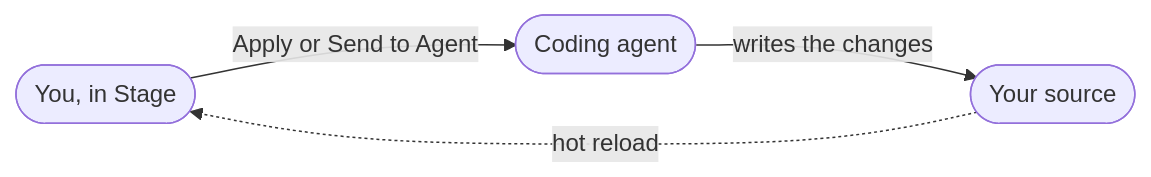
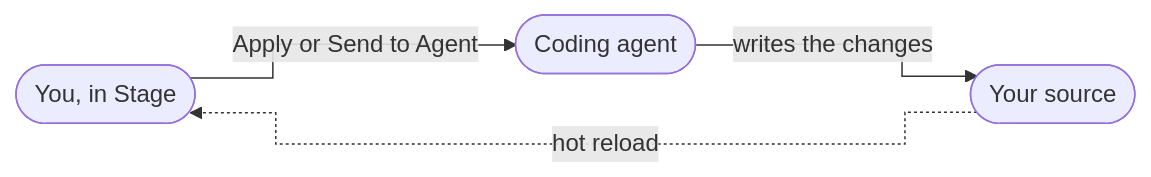
Before and after one commit to playcanvas/developer-site: the diagram in docs/user-manual/stage/index.md, drawn with Mermaid.

Commit message:
docs: use angular edges in the Stage overview diagram

````diff
--- a/docs/user-manual/stage/index.md
+++ b/docs/user-manual/stage/index.md
@@ -68,6 +68,11 @@
 ```mermaid
+---
+config:
+  flowchart:
+    curve: step
+---
 flowchart LR
     you([You, in Stage]) -->|Apply or Send to Agent| agent([Coding agent])
     agent -->|writes the changes| source([Your source])
     source -.->|hot reload| you
 ```
````
